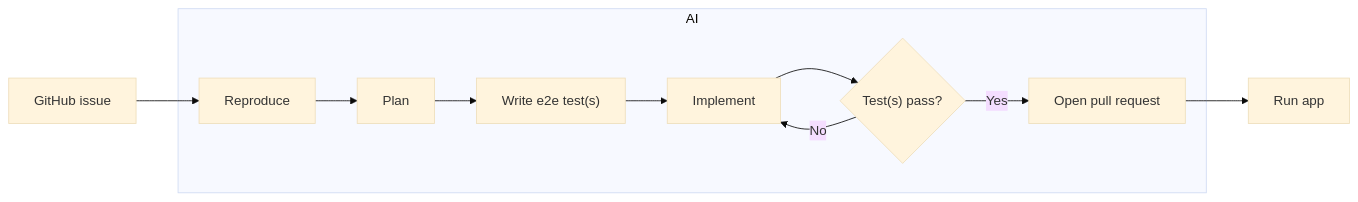
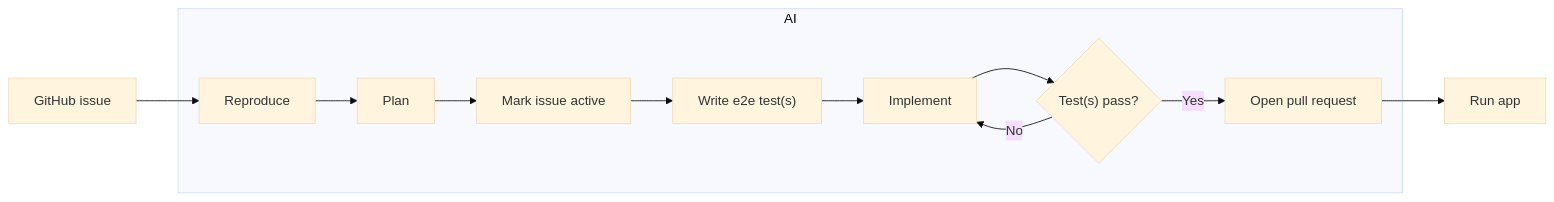
One commit to ethan-mfb/pomo changed the second of 4 diagrams in DEVELOPMENT_WORKFLOWS.md. Above: the diagram before and after it, drawn with Mermaid (base theme). The commit also changed other lines of this file, not shown here.

Commit message:
docs: add 'mark issue active' step to workflow diagrams

````diff
--- a/DEVELOPMENT_WORKFLOWS.md
+++ b/DEVELOPMENT_WORKFLOWS.md
@@ -33,13 +34,14 @@
 ```mermaid
 flowchart LR
     A[GitHub issue] --> B[Reproduce]
     subgraph AI
         B[Reproduce] --> C[Plan]
-        C --> D["Write e2e test(s)"]
+        C --> M[Mark issue active]
+        M --> D["Write e2e test(s)"]
         D --> E[Implement]
         E --> F{"Test(s) pass?"}
         F -->|No| E
         F -->|Yes| G[Open pull request]
     end
     G --> H[Run app]
 ```
````
